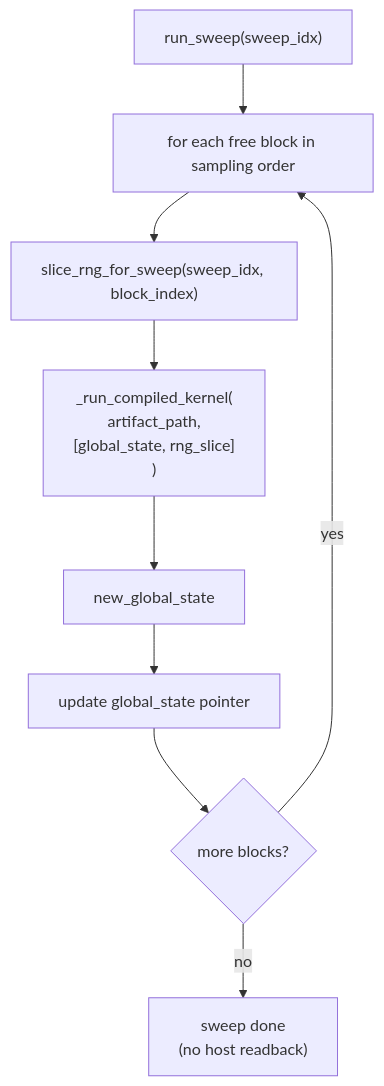
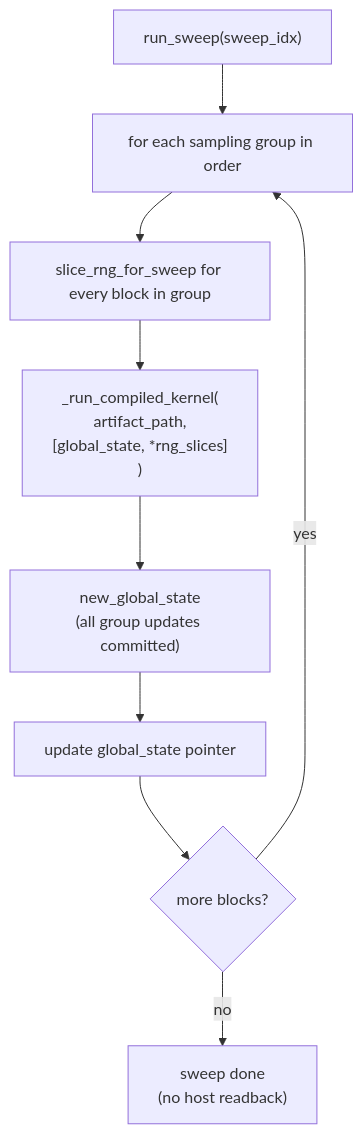
One commit to Specter-Research-Labs/tt-thrml changed the third of 3 diagrams in docs/tt-thrml-internals.md. Above: the diagram before and after it, drawn with Mermaid. The commit also changed other lines of this file and 18 other files, not shown here.

````diff
--- a/docs/tt-thrml-internals.md
+++ b/docs/tt-thrml-internals.md
@@ -41,11 +41,11 @@
 ```mermaid
 flowchart TD
-    A["run_sweep(sweep_idx)"] --> B["for each free block in sampling order"]
-    B --> C["slice_rng_for_sweep(sweep_idx, block_index)"]
-    C --> D["_run_compiled_kernel(\n  artifact_path,\n  [global_state, rng_slice]\n)"]
-    D --> E["new_global_state"]
+    A["run_sweep(sweep_idx)"] --> B["for each sampling group in order"]
+    B --> C["slice_rng_for_sweep for every block in group"]
+    C --> D["_run_compiled_kernel(\n  artifact_path,\n  [global_state, *rng_slices]\n)"]
+    D --> E["new_global_state\n(all group updates committed)"]
     E --> F["update global_state pointer"]
     F --> G{"more blocks?"}
     G -->|yes| B
     G -->|no| H["sweep done\n(no host readback)"]
 ```
````
